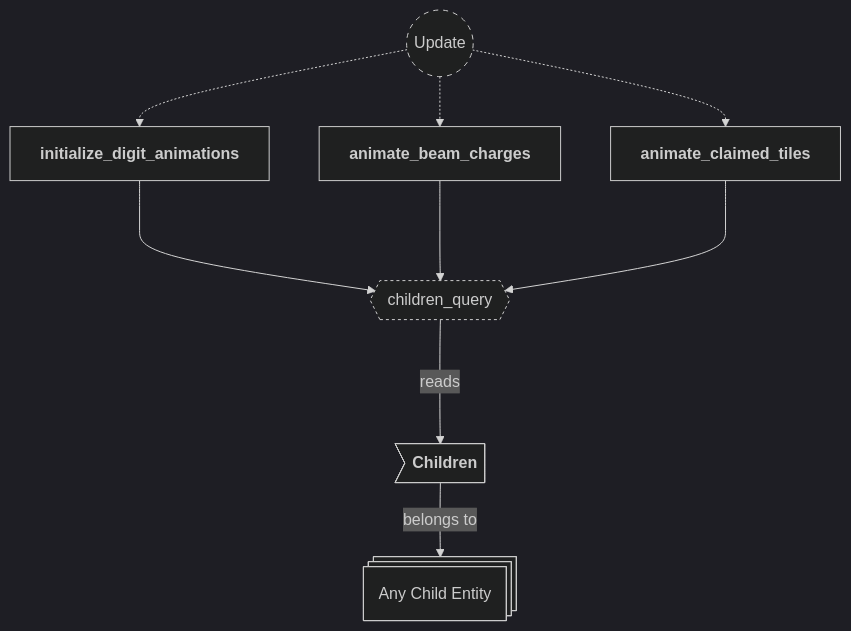
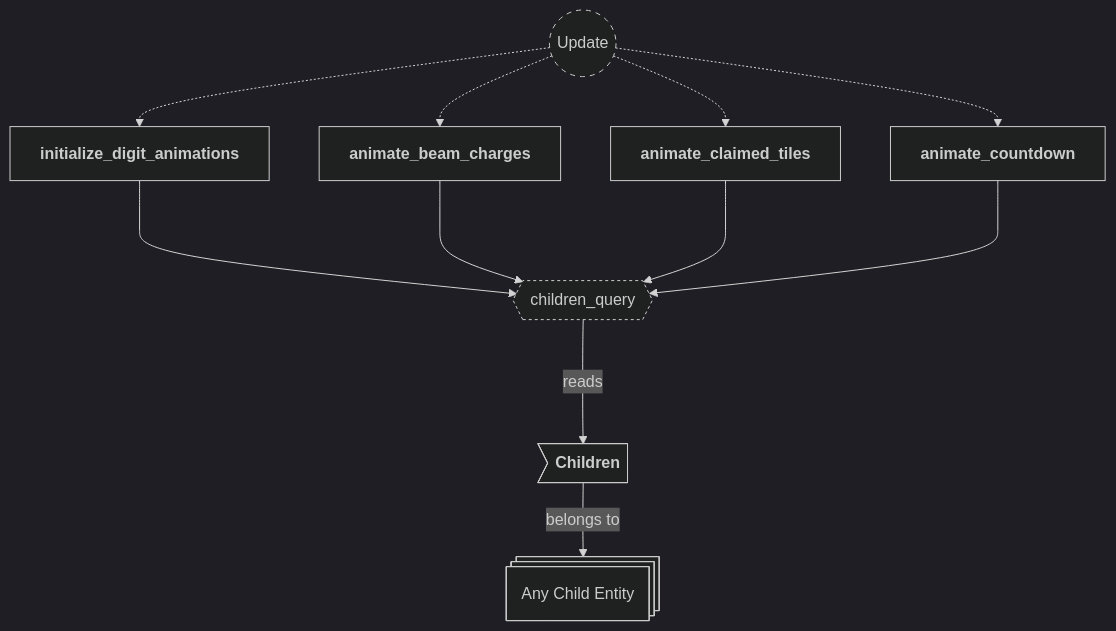
Before and after one commit to neurosoup/tyled: the fourth of 22 diagrams in backlog/docs/doc-14 - 012-HUD-plugin.md, drawn with Mermaid. The commit also changed other lines of this file and 2 other files, not shown here.

````diff
--- a/backlog/docs/doc-14 - 012-HUD-plugin.md
+++ b/backlog/docs/doc-14 - 012-HUD-plugin.md
@@ -235,30 +191,33 @@
 ```mermaid
 ---
 config:
   theme: dark
 ---
 
 flowchart TD
 classDef system-group stroke-dasharray: 5 5
 classDef query stroke-dasharray: 3 3
 
 update(("`Update`")):::system-group
 initialize_digit_animations["`**initialize_digit_animations**`"]
 animate_beam_charges["`**animate_beam_charges**`"]
 animate_claimed_tiles["`**animate_claimed_tiles**`"]
+animate_countdown["`**animate_countdown**`"]
 
 update -.-> initialize_digit_animations
 update -.-> animate_beam_charges
 update -.-> animate_claimed_tiles
+update -.-> animate_countdown
 
 children_query{{"`children_query`"}}:::query
 initialize_digit_animations ---> children_query
 animate_beam_charges ---> children_query
 animate_claimed_tiles ---> children_query
+animate_countdown ---> children_query
 
 child_entity@{ shape: st-rect, label: "Any Child Entity" }
 
 ch_children>"`**Children**`"] --> |belongs to| child_entity
 
 children_query ---> |reads| ch_children
 ```
````
